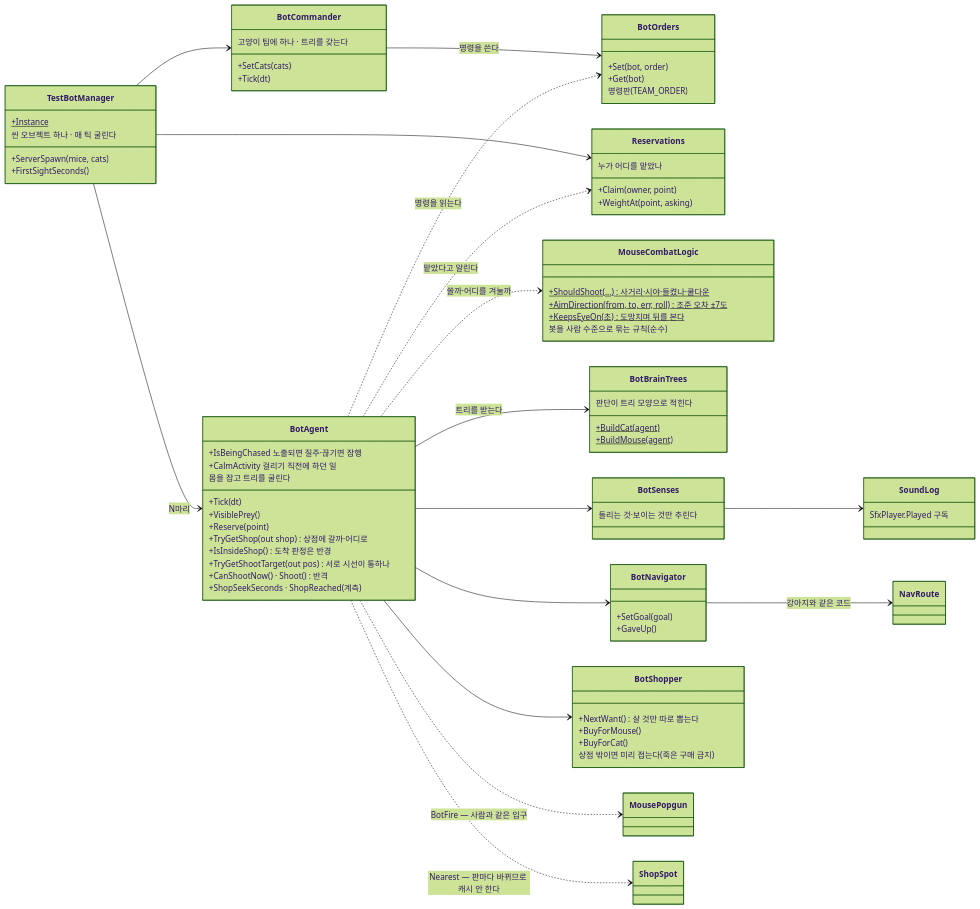
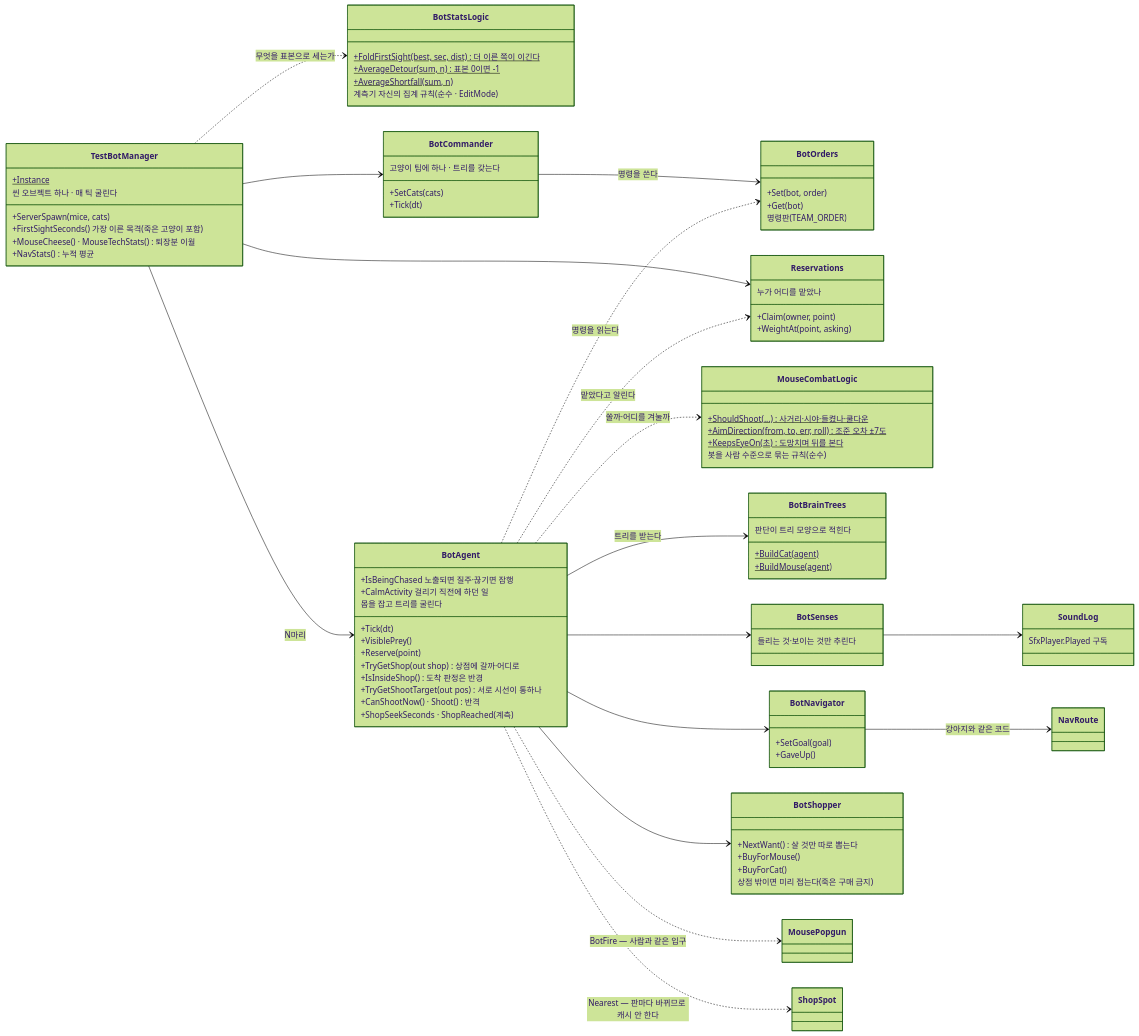
One commit to JeahanPark/The-Cheese-Thief-and-the-Cat changed diagram 27 of 42 in CTC/docs/design-vault/코드 다이어그램.md. Above: the diagram before and after it, drawn with Mermaid (forest theme). The commit also changed other lines of this file and 28 other files, not shown here.

```diff
--- a/CTC/docs/design-vault/코드 다이어그램.md
+++ b/CTC/docs/design-vault/코드 다이어그램.md
@@ -1465,8 +1479,16 @@
     class TestBotManager {
         +Instance$
         +ServerSpawn(mice, cats)
-        +FirstSightSeconds()
+        +FirstSightSeconds() 가장 이른 목격(죽은 고양이 포함)
+        +MouseCheese() · MouseTechStats() 퇴장분 이월
+        +NavStats() 누적 평균
         씬 오브젝트 하나 · 매 틱 굴린다
+    }
+    class BotStatsLogic {
+        +FoldFirstSight(best, sec, dist)$ 더 이른 쪽이 이긴다
+        +AverageDetour(sum, n)$ 표본 0이면 -1
+        +AverageShortfall(sum, n)$
+        계측기 자신의 집계 규칙(순수 · EditMode)
     }
     class BotCommander {
         +SetCats(cats)
@@ -1525,6 +1547,7 @@
     }
     class NavRoute
 
+    TestBotManager ..> BotStatsLogic : 무엇을 표본으로 세는가
     TestBotManager --> BotAgent : N마리
     TestBotManager --> BotCommander
     TestBotManager --> Reservations
```
